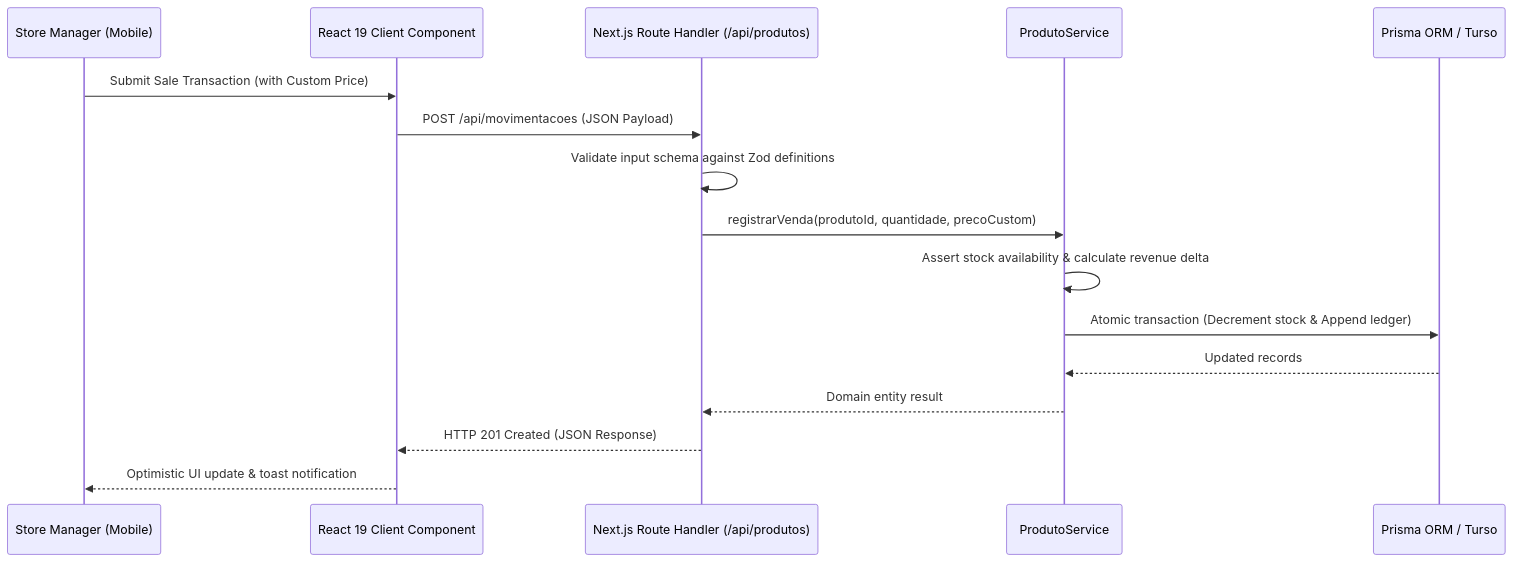
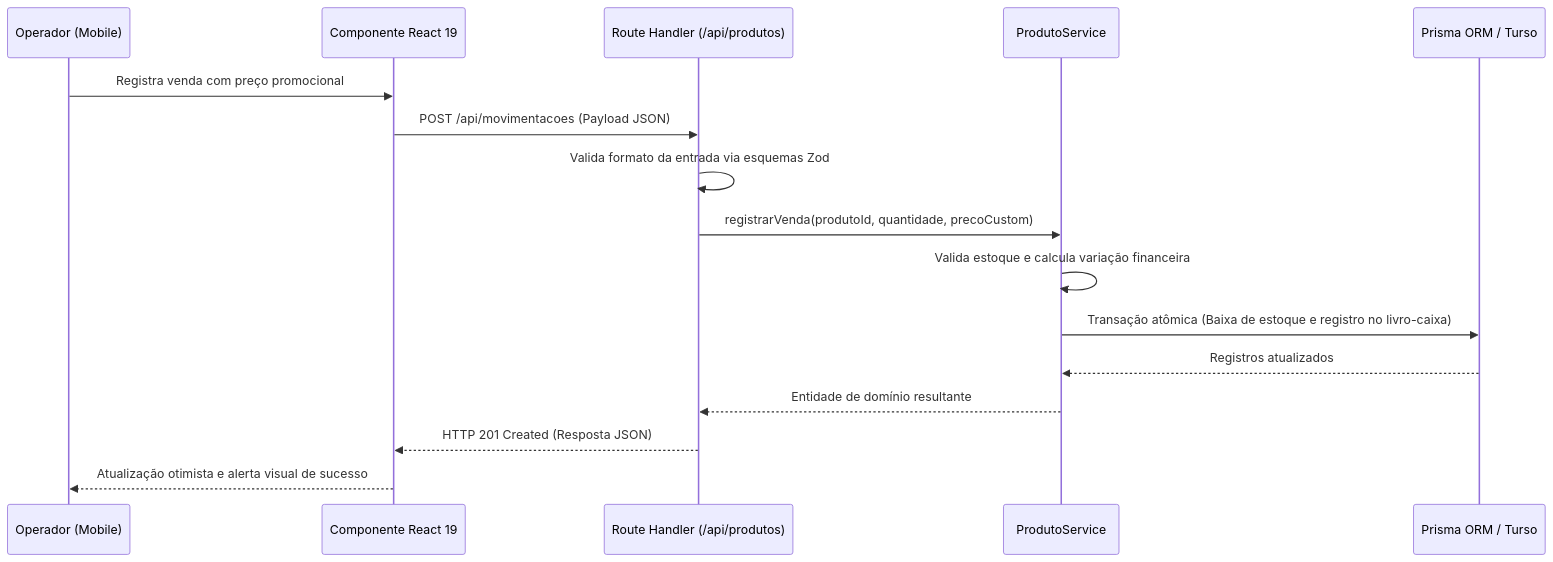
The second of 2 diagrams in frontend-and-web-apps/retail-inventory-analytics-platform/README.md (Fcsscoder/case-studies), drawn with Mermaid before and after one commit. The commit also changed other lines of this file and 21 other files, not shown here.

````diff
--- a/frontend-and-web-apps/retail-inventory-analytics-platform/README.md
+++ b/frontend-and-web-apps/retail-inventory-analytics-platform/README.md
@@ -35,19 +35,19 @@
 ```mermaid
 sequenceDiagram
-    participant User as Store Manager (Mobile)
-    participant UI as React 19 Client Component
-    participant Route as Next.js Route Handler (/api/produtos)
+    participant User as Operador (Mobile)
+    participant UI as Componente React 19
+    participant Route as Route Handler (/api/produtos)
     participant Service as ProdutoService
     participant Prisma as Prisma ORM / Turso
 
-    User->>UI: Submit Sale Transaction (with Custom Price)
-    UI->>Route: POST /api/movimentacoes (JSON Payload)
-    Route->>Route: Validate input schema against Zod definitions
+    User->>UI: Registra venda com preço promocional
+    UI->>Route: POST /api/movimentacoes (Payload JSON)
+    Route->>Route: Valida formato da entrada via esquemas Zod
     Route->>Service: registrarVenda(produtoId, quantidade, precoCustom)
-    Service->>Service: Assert stock availability & calculate revenue delta
-    Service->>Prisma: Atomic transaction (Decrement stock & Append ledger)
-    Prisma-->>Service: Updated records
-    Service-->>Route: Domain entity result
-    Route-->>UI: HTTP 201 Created (JSON Response)
-    UI-->>User: Optimistic UI update & toast notification
+    Service->>Service: Valida estoque e calcula variação financeira
+    Service->>Prisma: Transação atômica (Baixa de estoque e registro no livro-caixa)
+    Prisma-->>Service: Registros atualizados
+    Service-->>Route: Entidade de domínio resultante
+    Route-->>UI: HTTP 201 Created (Resposta JSON)
+    UI-->>User: Atualização otimista e alerta visual de sucesso
 ```
````
